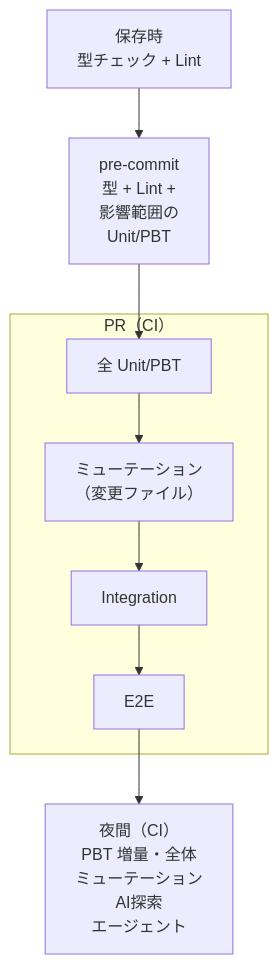
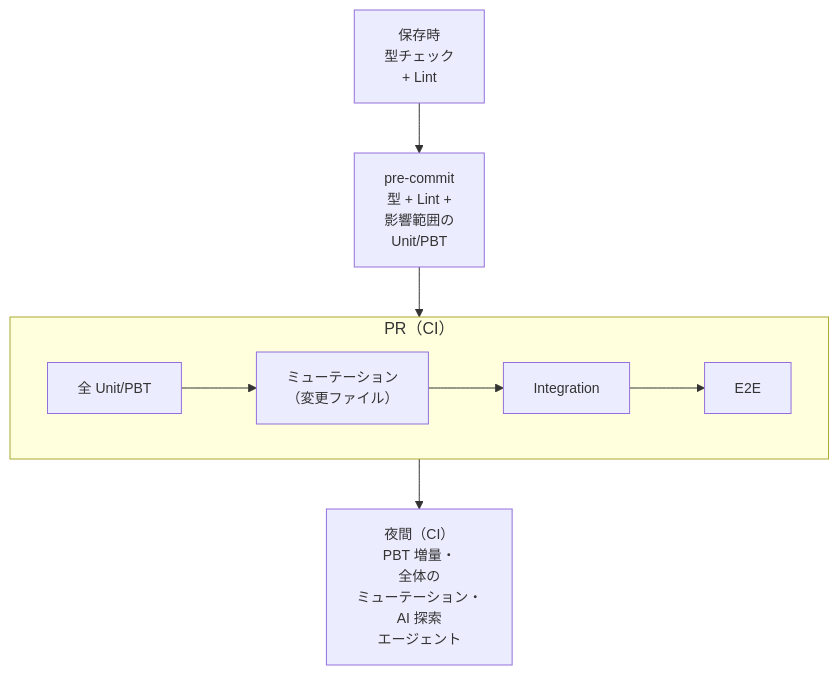
The first of 2 diagrams in docs/testing/02b-execution-and-mutation.md (toshio-shiratori/harness-test-strategy), drawn with Mermaid before and after one commit. The commit also changed other lines of this file and 5 other files, not shown here.

First line of the commit message:
docs: docs/testing の図で、ノード内の文字が GitHub 上で語の途中で折り返すのを直す (#210)

````diff
--- a/docs/testing/02b-execution-and-mutation.md
+++ b/docs/testing/02b-execution-and-mutation.md
@@ -32,9 +32,10 @@
 ```mermaid
 flowchart TB
-  A["保存時<br/>型チェック + Lint"] --> B["pre-commit<br/>型 + Lint +<br/>影響範囲の<br/>Unit/PBT"]
+  A["保存時<br/>型チェック<br/>+ Lint"] --> B["pre-commit<br/>型 + Lint +<br/>影響範囲の<br/>Unit/PBT"]
   subgraph PR["PR（CI）"]
     C1["全 Unit/PBT"] --> C2["ミューテーション<br/>（変更ファイル）"] --> C3["Integration"] --> C4["E2E"]
   end
-  B --> C1
-  C4 --> D["夜間（CI）<br/>PBT 増量・全体<br/>ミューテーション<br/>AI探索<br/>エージェント"]
+  B --> PR
+  PR --> D["夜間（CI）<br/>PBT 増量・<br/>全体の<br/>ミューテーション・<br/>AI 探索<br/>エージェント"]
+  classDef default font-size:14px
 ```
````
